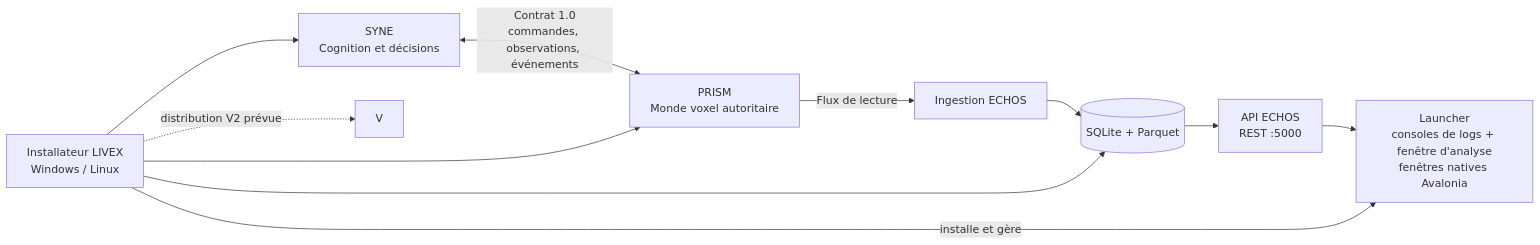
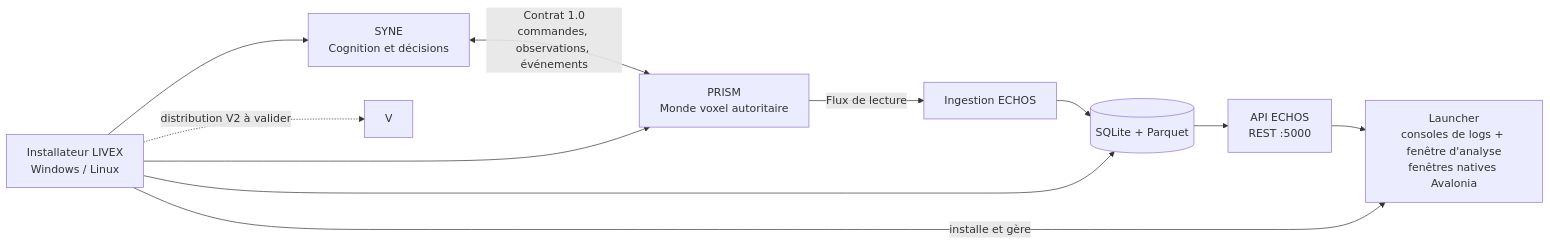
Before and after one commit to donovan-dev-web/LIVEX: the diagram in README.md, drawn with Mermaid. The commit also changed other lines of this file and 61 other files, not shown here.

````diff
--- a/README.md
+++ b/README.md
@@ -74,13 +74,13 @@
 ```mermaid
 flowchart LR
     S[SYNE<br/>Cognition et décisions] <-->|Contrat 1.0<br/>commandes, observations, événements| P[PRISM<br/>Monde voxel autoritaire]
     P -->|Flux de lecture| I[Ingestion ECHOS]
     I --> D[(SQLite + Parquet)]
     D --> A[API ECHOS<br/>REST :5000]
     A --> U[Launcher<br/>consoles de logs + fenêtre d'analyse<br/>fenêtres natives Avalonia]
     INSTALL[Installateur LIVEX<br/>Windows / Linux] -->|installe et gère| U
     INSTALL --> S
     INSTALL --> D
     INSTALL --> P
-    INSTALL -.->|distribution V2 prévue| V
+    INSTALL -.->|distribution V2 à valider| V
 ```
````
